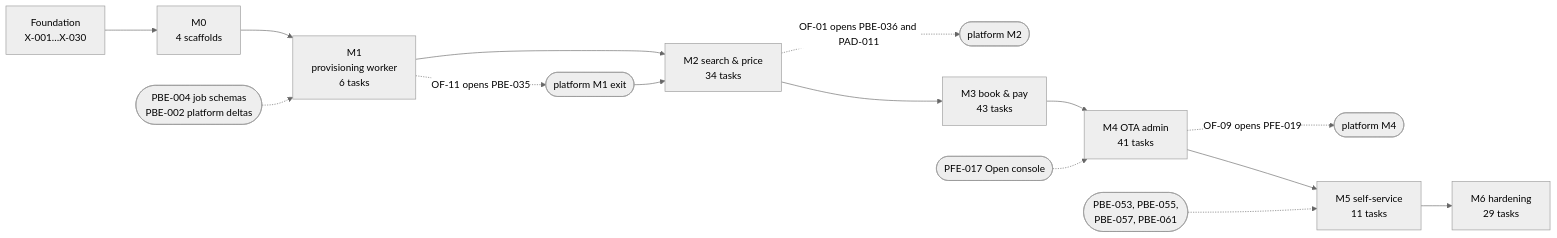
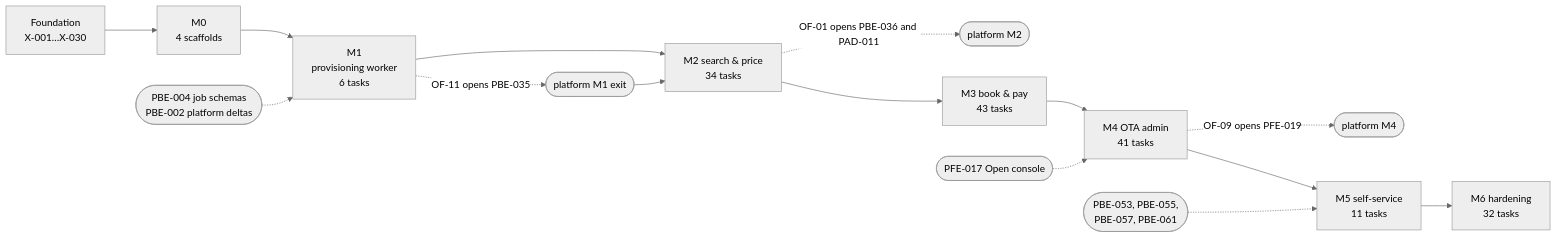
Before and after one commit to bhagwati-prasad/velexis-ota: the diagram in ota/docs/plans/implementation-plan.md, drawn with Mermaid (neutral theme). The commit also changed other lines of this file and 25 other files, not shown here.

````diff
--- a/ota/docs/plans/implementation-plan.md
+++ b/ota/docs/plans/implementation-plan.md
@@ -62,17 +62,17 @@
 ```mermaid
 flowchart LR
   F["Foundation<br/>X-001…X-030"] --> M0["M0<br/>4 scaffolds"]
   M0 --> M1["M1<br/>provisioning worker<br/>6 tasks"]
   P4(["PBE-004 job schemas<br/>PBE-002 platform deltas"]) -.-> M1
   M1 -. OF-11 opens PBE-035 .-> PM1(["platform M1 exit"])
   M1 --> M2["M2 search & price<br/>34 tasks"]
   PM1 --> M2
   M2 -. OF-01 opens PBE-036 and PAD-011 .-> PM2(["platform M2"])
   M2 --> M3["M3 book & pay<br/>43 tasks"]
   M3 --> M4["M4 OTA admin<br/>41 tasks"]
   PF17(["PFE-017 Open console"]) -.-> M4
   M4 -. OF-09 opens PFE-019 .-> PM4(["platform M4"])
   M4 --> M5["M5 self-service<br/>11 tasks"]
   PM5(["PBE-053, PBE-055,<br/>PBE-057, PBE-061"]) -.-> M5
-  M5 --> M6["M6 hardening<br/>29 tasks"]
+  M5 --> M6["M6 hardening<br/>32 tasks"]
 ```
````
